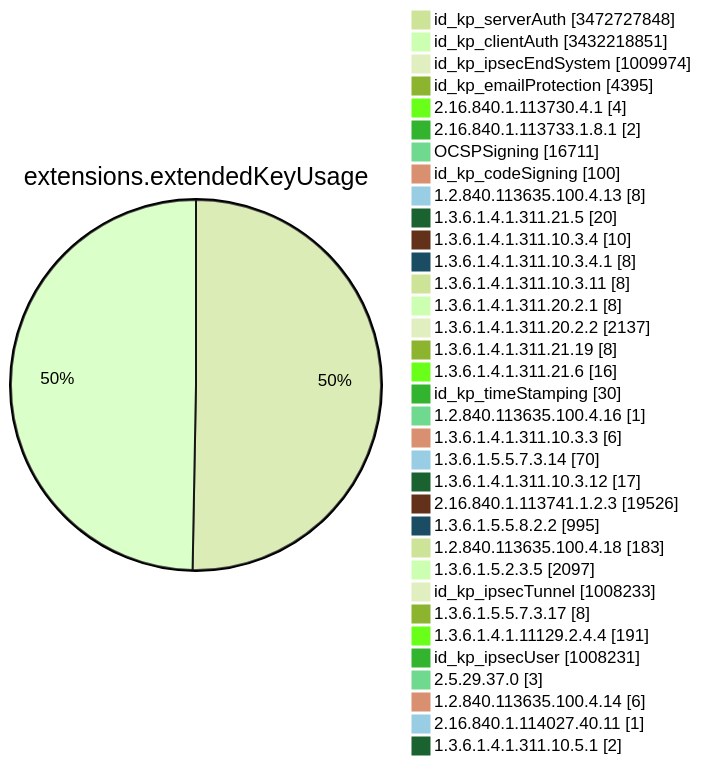
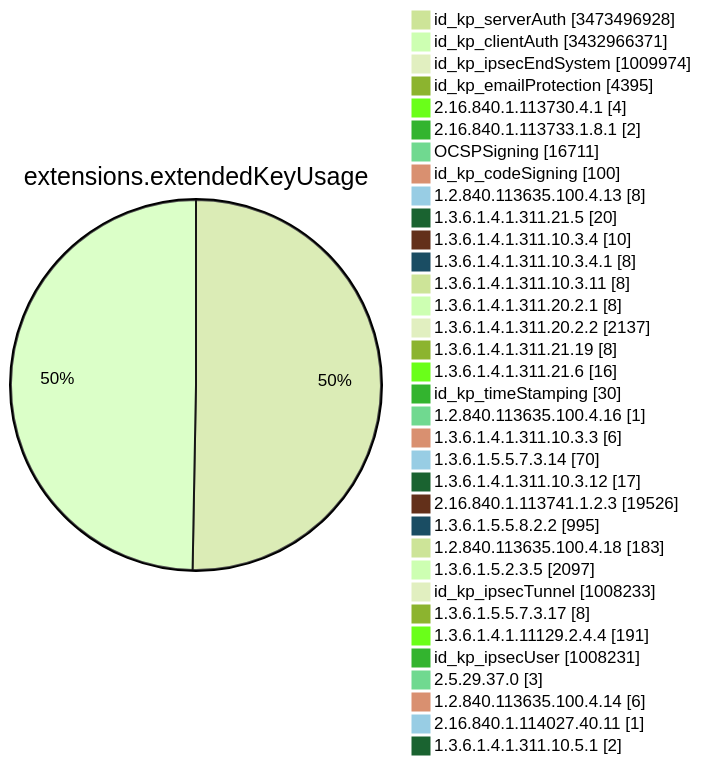
Before and after one commit to christiankrug/ctmonitor_visualization: diagram 11 of 15 in TOTAL/README.md, drawn with Mermaid (forest theme). The commit also changed other lines of this file, not shown here.

````diff
--- a/TOTAL/README.md
+++ b/TOTAL/README.md
@@ -4123,38 +4123,38 @@
 ```mermaid
 pie showData
 title extensions.extendedKeyUsage
-"id_kp_serverAuth" :3472727848
-"id_kp_clientAuth" :3432218851
+"id_kp_serverAuth" :3473496928
+"id_kp_clientAuth" :3432966371
 "id_kp_ipsecEndSystem" :1009974
 "id_kp_emailProtection" :4395
 "2.16.840.1.113730.4.1" :4
 "2.16.840.1.113733.1.8.1" :2
 "OCSPSigning" :16711
 "id_kp_codeSigning" :100
 "1.2.840.113635.100.4.13" :8
 "1.3.6.1.4.1.311.21.5" :20
 "1.3.6.1.4.1.311.10.3.4" :10
 "1.3.6.1.4.1.311.10.3.4.1" :8
 "1.3.6.1.4.1.311.10.3.11" :8
 "1.3.6.1.4.1.311.20.2.1" :8
 "1.3.6.1.4.1.311.20.2.2" :2137
 "1.3.6.1.4.1.311.21.19" :8
 "1.3.6.1.4.1.311.21.6" :16
 "id_kp_timeStamping" :30
 "1.2.840.113635.100.4.16" :1
 "1.3.6.1.4.1.311.10.3.3" :6
 "1.3.6.1.5.5.7.3.14" :70
 "1.3.6.1.4.1.311.10.3.12" :17
 "2.16.840.1.113741.1.2.3" :19526
 "1.3.6.1.5.5.8.2.2" :995
 "1.2.840.113635.100.4.18" :183
 "1.3.6.1.5.2.3.5" :2097
 "id_kp_ipsecTunnel" :1008233
 "1.3.6.1.5.5.7.3.17" :8
 "1.3.6.1.4.1.11129.2.4.4" :191
 "id_kp_ipsecUser" :1008231
 "2.5.29.37.0" :3
 "1.2.840.113635.100.4.14" :6
 "2.16.840.1.114027.40.11" :1
 "1.3.6.1.4.1.311.10.5.1" :2
 ```
````
